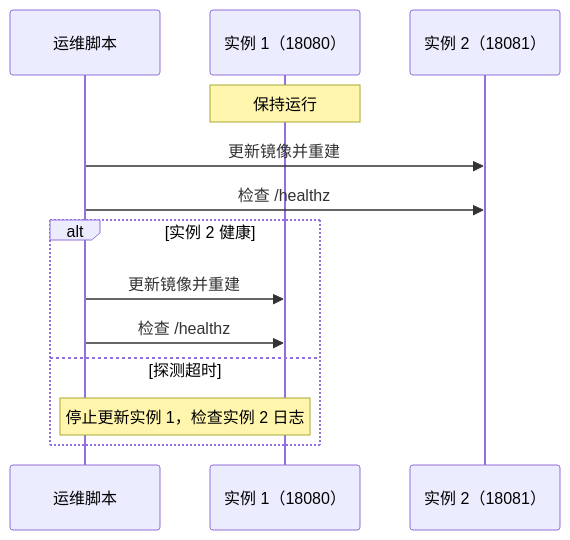
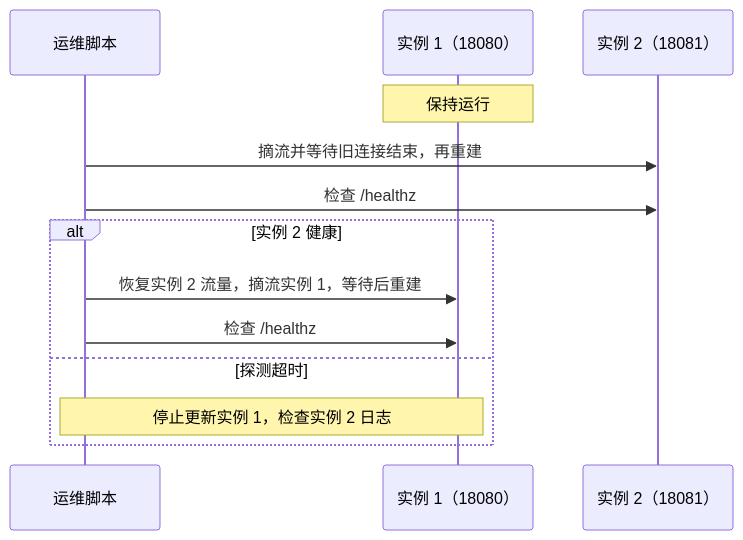
Before and after one commit to wuwei0727/codex-proxy-rs: the fourth of 4 diagrams in docs/二次开发与运维手册.md, drawn with Mermaid. The commit also changed other lines of this file and 6 other files, not shown here.

````diff
--- a/docs/二次开发与运维手册.md
+++ b/docs/二次开发与运维手册.md
@@ -237,15 +237,15 @@
 ```mermaid
 sequenceDiagram
     participant Ops as 运维脚本
     participant Inst1 as 实例 1（18080）
     participant Inst2 as 实例 2（18081）
     Note over Inst1: 保持运行
-    Ops->>Inst2: 更新镜像并重建
+    Ops->>Inst2: 摘流并等待旧连接结束，再重建
     Ops->>Inst2: 检查 /healthz
     alt 实例 2 健康
-        Ops->>Inst1: 更新镜像并重建
+        Ops->>Inst1: 恢复实例 2 流量，摘流实例 1，等待后重建
         Ops->>Inst1: 检查 /healthz
     else 探测超时
         Note over Ops,Inst1: 停止更新实例 1，检查实例 2 日志
     end
 ```
````
